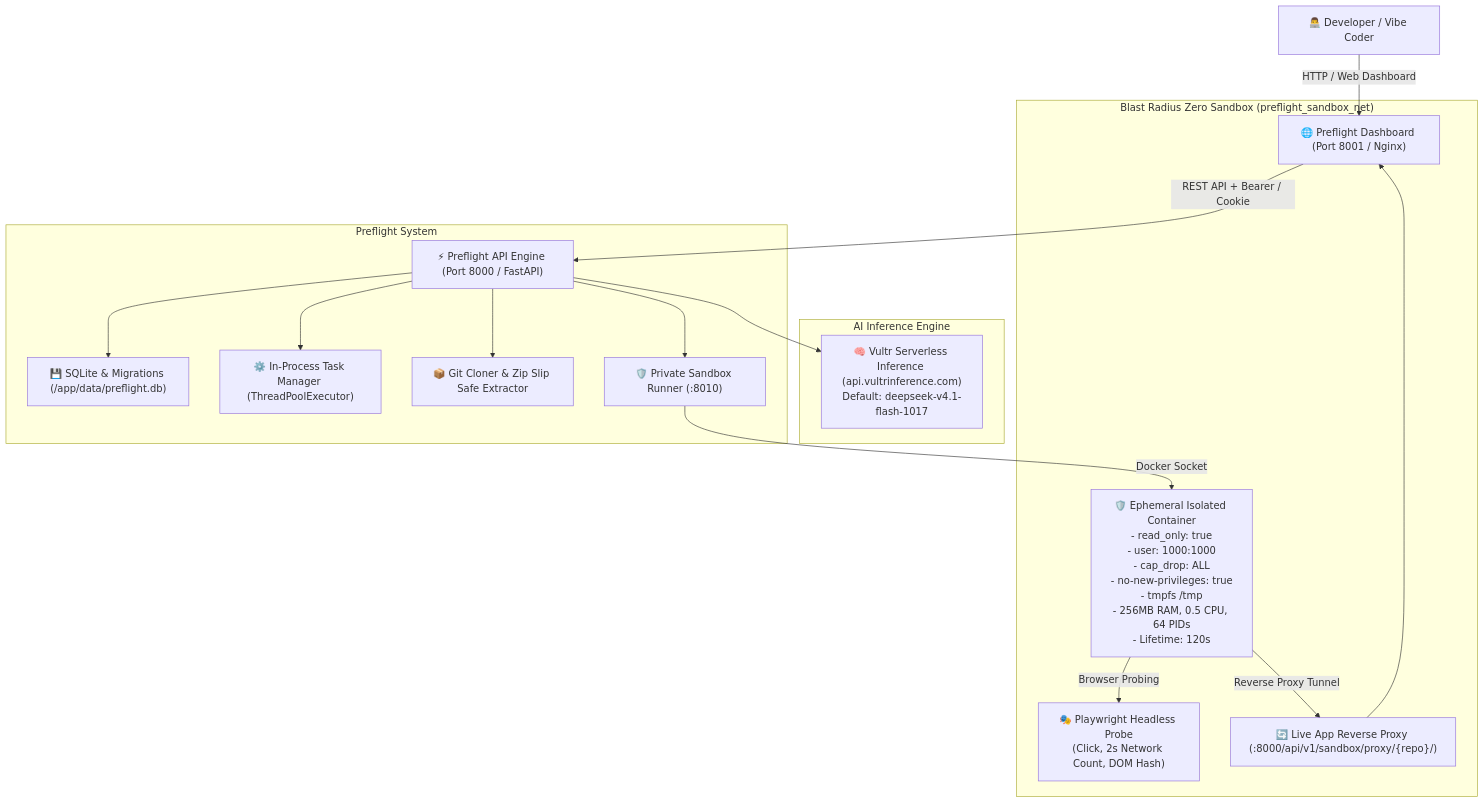
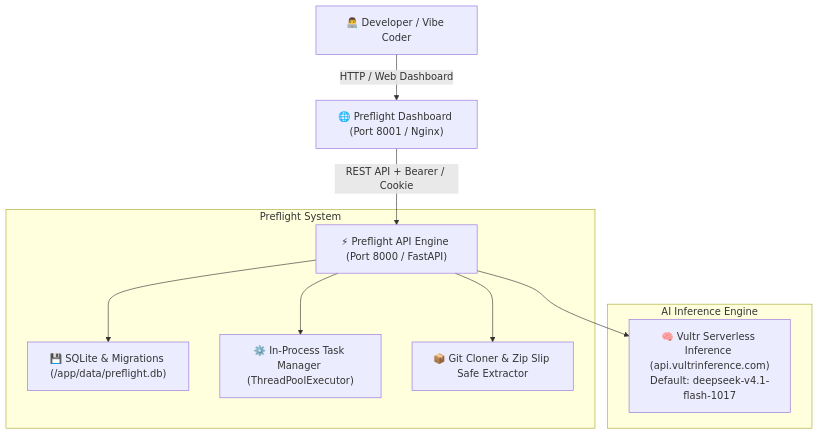
One commit to moayedinia/Preflight changed the diagram in README.md. Above: the diagram before and after it, drawn with Mermaid. The commit also changed other lines of this file and 19 other files, not shown here.

Commit message:
ci: replace sandbox with read-only code review

````diff
--- a/README.md
+++ b/README.md
@@ -21,23 +20,16 @@
 ```mermaid
 flowchart TD
     User["👨‍💻 Developer / Vibe Coder"] -->|HTTP / Web Dashboard| WebUI["🌐 Preflight Dashboard (Port 8001 / Nginx)"]
     WebUI -->|REST API + Bearer / Cookie| API["⚡ Preflight API Engine (Port 8000 / FastAPI)"]
 
     subgraph "Preflight System"
         API --> SQLite["💾 SQLite & Migrations (/app/data/preflight.db)"]
         API --> TaskMgr["⚙️ In-Process Task Manager (ThreadPoolExecutor)"]
         API --> Cloner["📦 Git Cloner & Zip Slip Safe Extractor"]
-        API --> Runner["🛡️ Private Sandbox Runner (:8010)"]
     end
 
     subgraph "AI Inference Engine"
         API --> VultrInference["🧠 Vultr Serverless Inference (api.vultrinference.com)\nDefault: deepseek-v4.1-flash-1017"]
     end
 
-    subgraph "Blast Radius Zero Sandbox (preflight_sandbox_net)"
-        Runner -->|Docker Socket| SandboxContainer["🛡️ Ephemeral Isolated Container\n- read_only: true\n- user: 1000:1000\n- cap_drop: ALL\n- no-new-privileges: true\n- tmpfs /tmp\n- 256MB RAM, 0.5 CPU, 64 PIDs\n- Lifetime: 120s"]
-        SandboxContainer -->|Browser Probing| Playwright["🎭 Playwright Headless Probe\n(Click, 2s Network Count, DOM Hash)"]
-        SandboxContainer -->|Reverse Proxy Tunnel| LiveProxy["🔄 Live App Reverse Proxy (:8000/api/v1/sandbox/proxy/{repo}/)"]
-        LiveProxy --> WebUI
-    end
 ```
````
